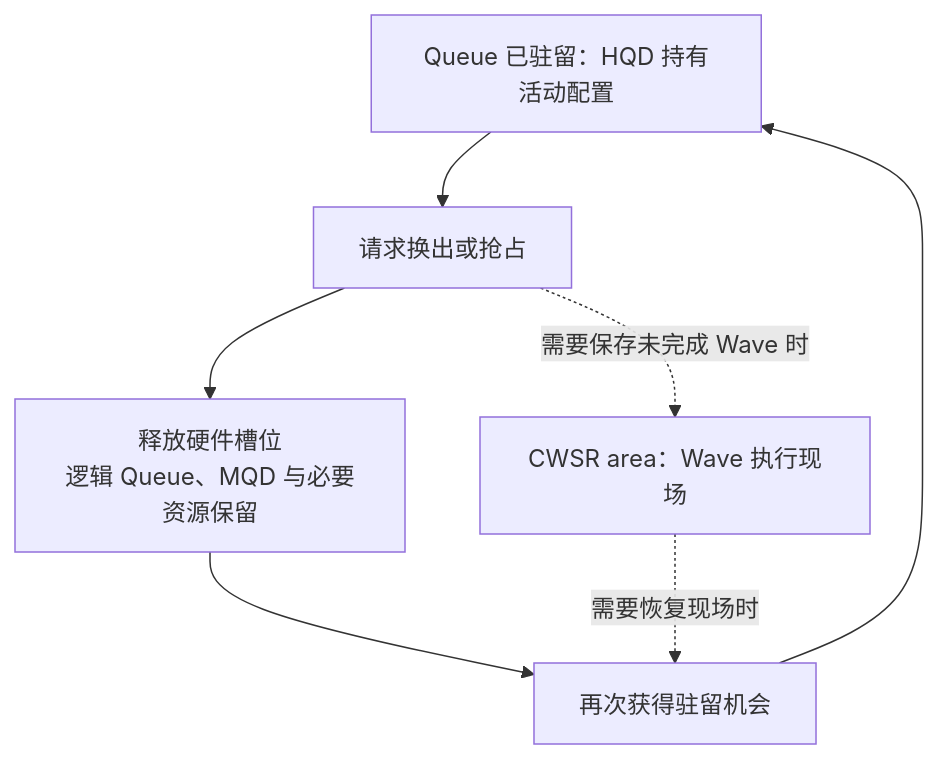
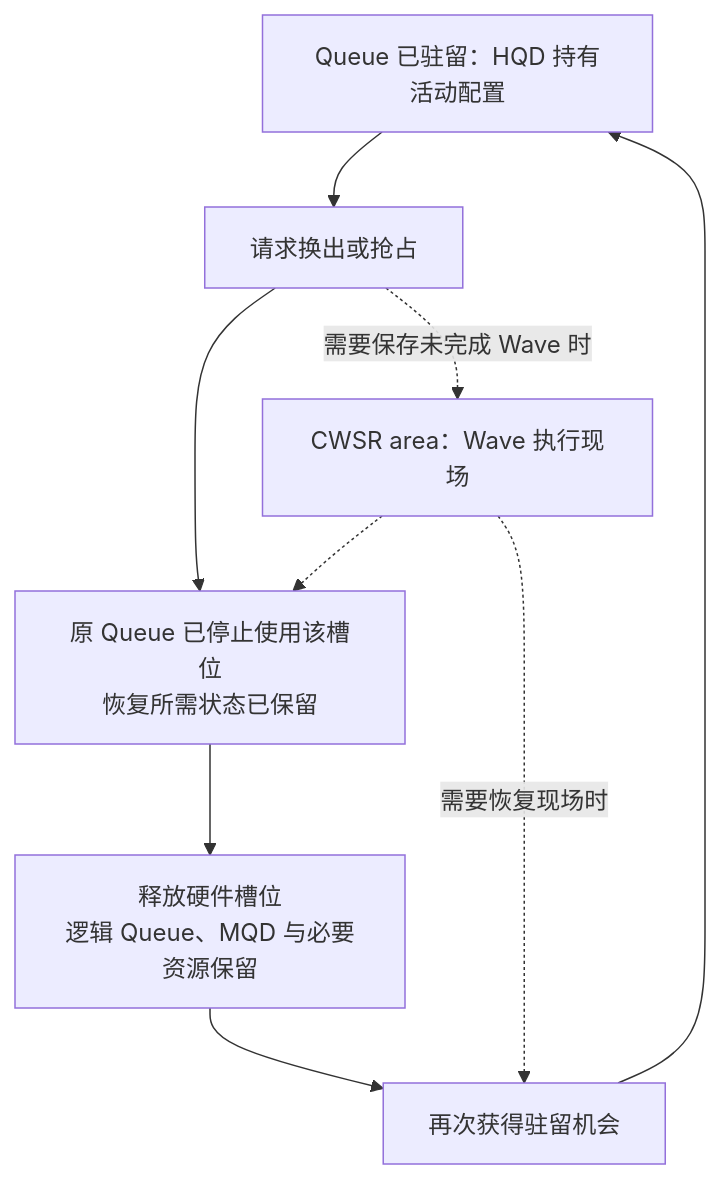
One commit to hxfei-git/gpu-study changed the fourth of 14 diagrams in 03_AMD GPU 队列与 AQL Dispatch.md. Above: the diagram before and after it, drawn with Mermaid. The commit also changed other lines of this file and 5 other files, not shown here.

````diff
--- a/03_AMD GPU 队列与 AQL Dispatch.md
+++ b/03_AMD GPU 队列与 AQL Dispatch.md
@@ -2460,9 +3172,11 @@
 ```mermaid
 flowchart TD
     R["Queue 已驻留：HQD 持有活动配置"] --> P["请求换出或抢占"]
-    P --> N["释放硬件槽位<br/>逻辑 Queue、MQD 与必要资源保留"]
+    P --> T["原 Queue 已停止使用该槽位<br/>恢复所需状态已保留"]
+    T --> N["释放硬件槽位<br/>逻辑 Queue、MQD 与必要资源保留"]
     P -.->|需要保存未完成 Wave 时| W["CWSR area：Wave 执行现场"]
+    W -.-> T
     N --> S["再次获得驻留机会"]
     W -.->|需要恢复现场时| S
     S --> R
 ```
````
